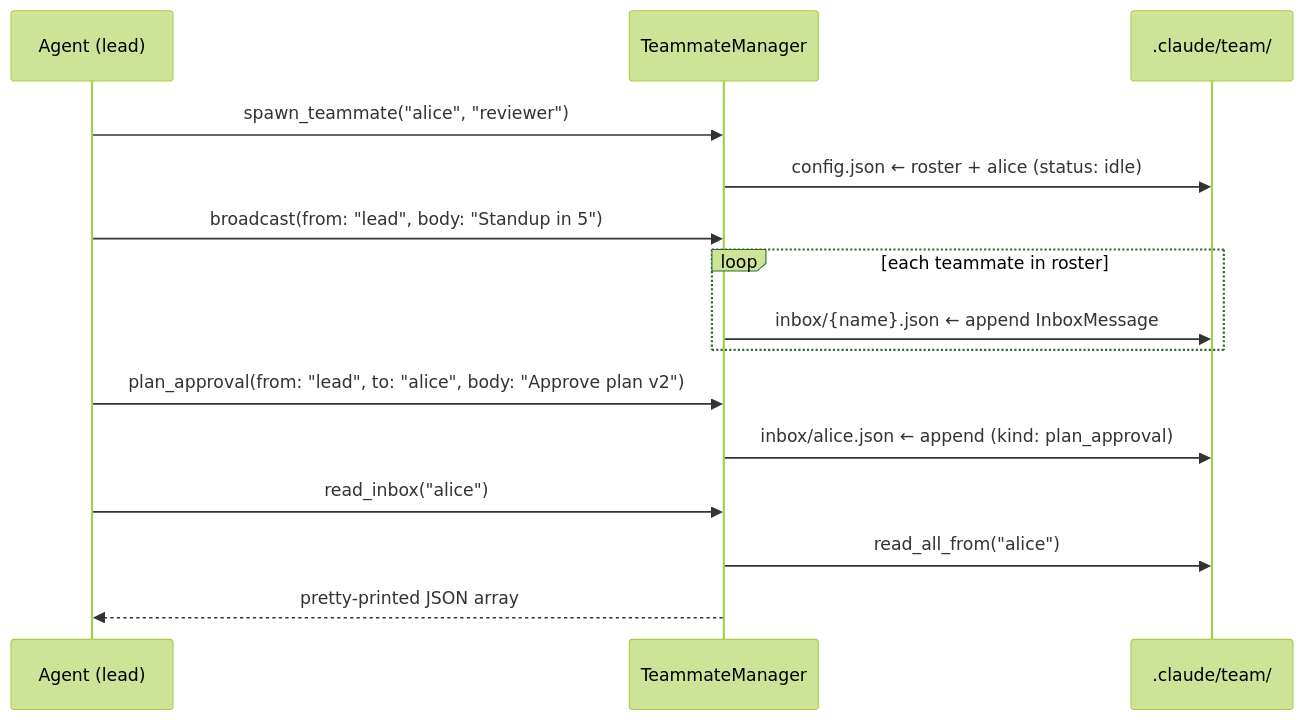
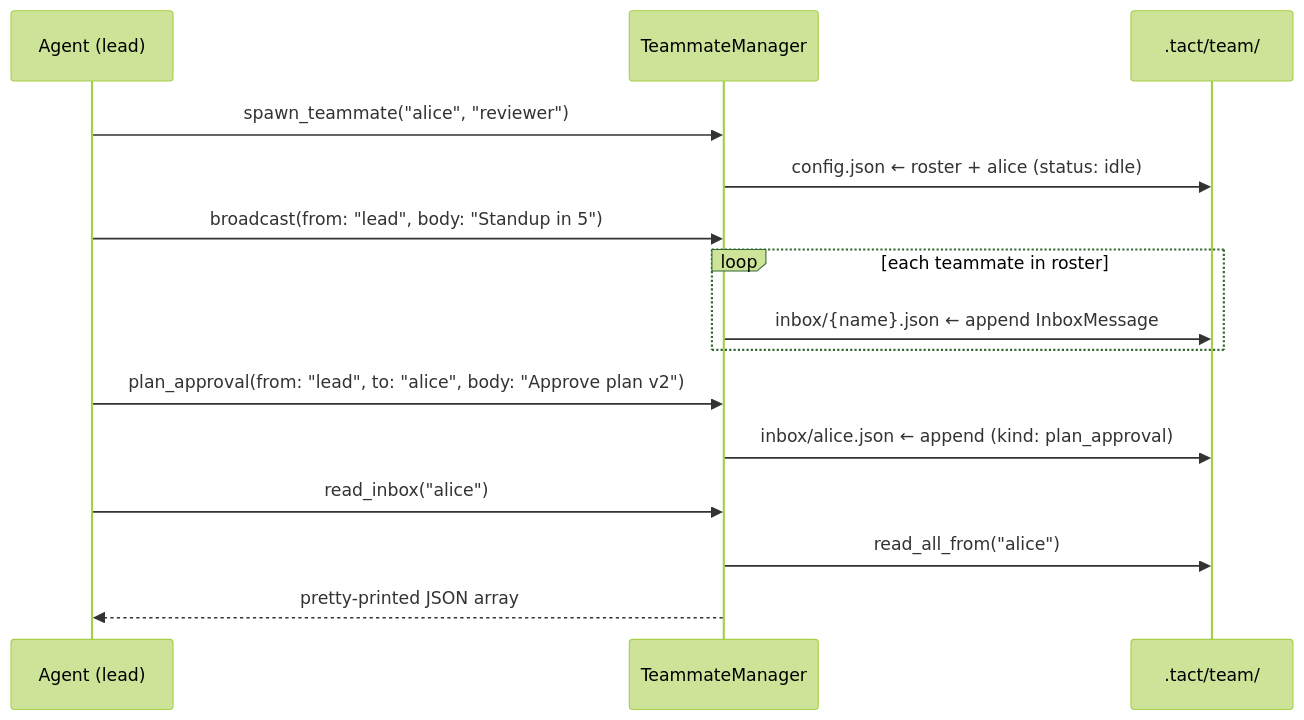
Before and after one commit to rust-infra/tact: the diagram in book/14_chapter_team.md, drawn with Mermaid (forest theme). The commit also changed other lines of this file and 83 other files, not shown here.

````diff
--- a/book/14_chapter_team.md
+++ b/book/14_chapter_team.md
@@ -84,21 +84,21 @@
 ```mermaid
 sequenceDiagram
     participant Lead as Agent (lead)
     participant TM as TeammateManager
-    participant FS as .claude/team/
+    participant FS as .tact/team/
 
     Lead->>TM: spawn_teammate("alice", "reviewer")
     TM->>FS: config.json ← roster + alice (status: idle)
 
     Lead->>TM: broadcast(from: "lead", body: "Standup in 5")
     loop each teammate in roster
         TM->>FS: inbox/{name}.json ← append InboxMessage
     end
 
     Lead->>TM: plan_approval(from: "lead", to: "alice", body: "Approve plan v2")
     TM->>FS: inbox/alice.json ← append (kind: plan_approval)
 
     Lead->>TM: read_inbox("alice")
     TM->>FS: read_all_from("alice")
     TM-->>Lead: pretty-printed JSON array
 ```
````
